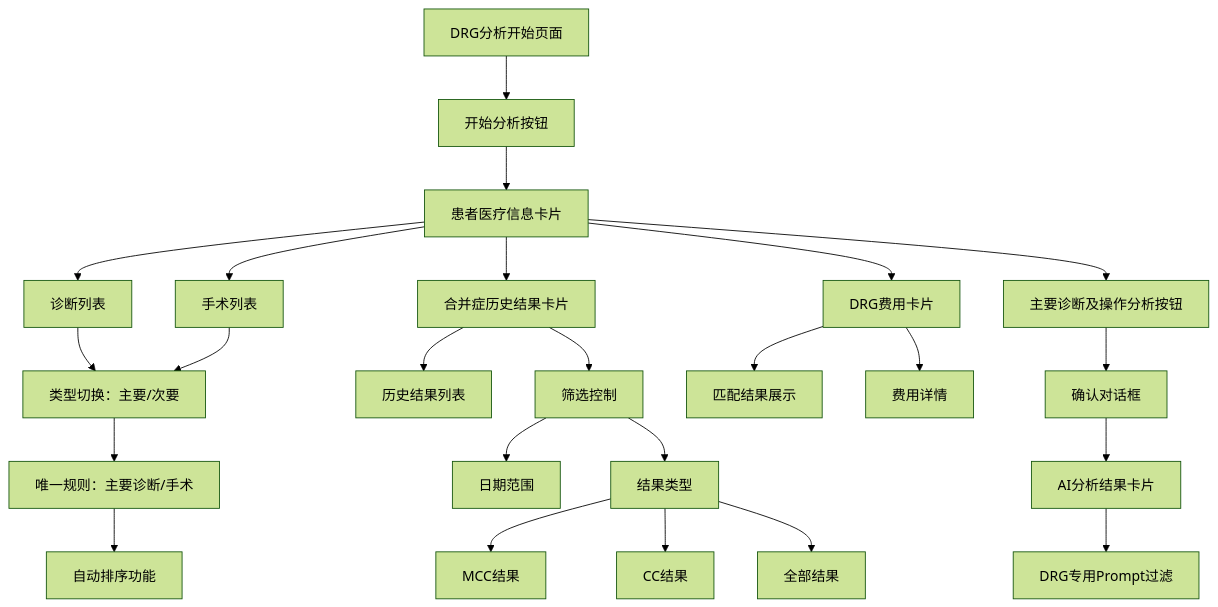
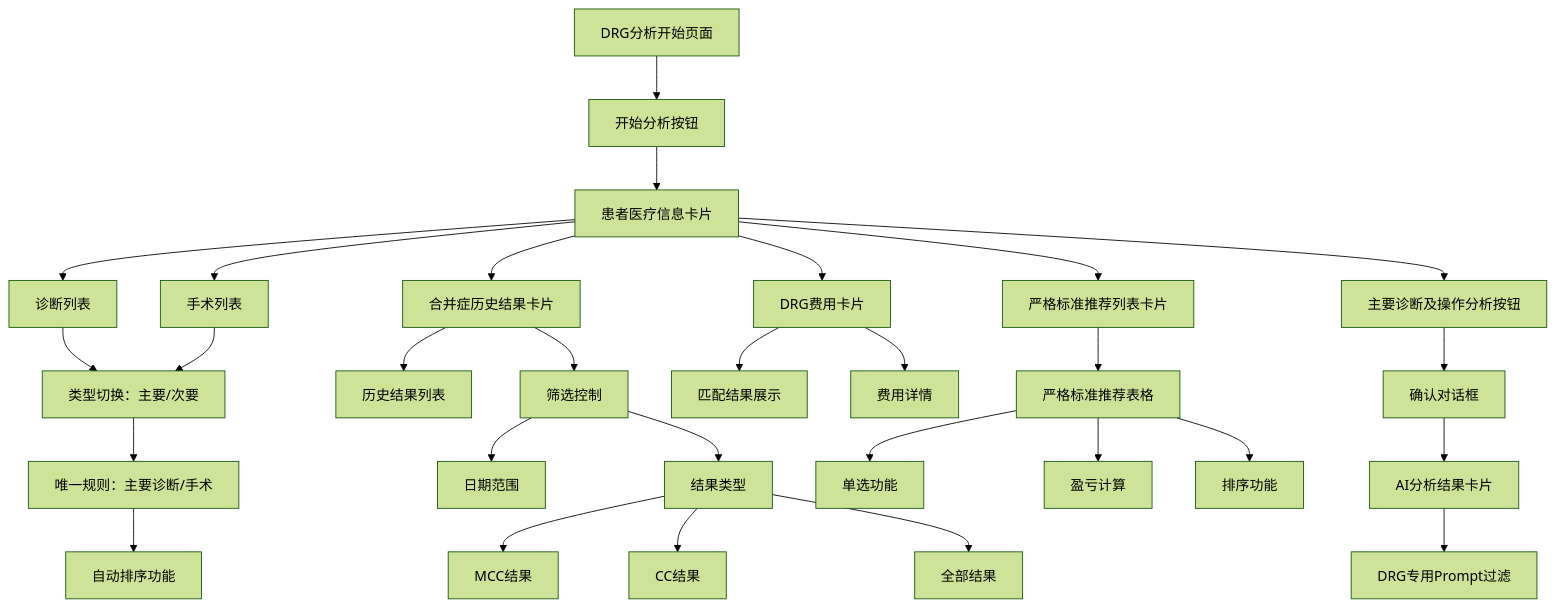
Before and after one commit to liuzh2008/med_ai_assistant_workspace: the tenth of 42 diagrams in .qoder/repowiki/zh/content/核心功能模块/DRG分析系统增强.md, drawn with Mermaid (forest theme). The commit also changed other lines of this file and 3 other files, not shown here.

````diff
--- a/.qoder/repowiki/zh/content/核心功能模块/DRG分析系统增强.md
+++ b/.qoder/repowiki/zh/content/核心功能模块/DRG分析系统增强.md
@@ -466,26 +463,31 @@
 ```mermaid
 flowchart TD
 StartPage[DRG分析开始页面] --> StartButton["开始分析按钮"]
 StartButton --> PatientCard[患者医疗信息卡片]
 PatientCard --> DiagnosisList[诊断列表]
 PatientCard --> SurgeryList[手术列表]
 DiagnosisList --> TypeSwitch[类型切换：主要/次要]
 SurgeryList --> TypeSwitch
 TypeSwitch --> UniqueRule[唯一规则：主要诊断/手术]
 UniqueRule --> AutoSort[自动排序功能]
 PatientCard --> HistoryCard[合并症历史结果卡片]
 HistoryCard --> ResultList[历史结果列表]
 HistoryCard --> FilterControls[筛选控制]
 FilterControls --> DateRange[日期范围]
 FilterControls --> ResultType[结果类型]
 ResultType --> MCCResults[MCC结果]
 ResultType --> CCResults[CC结果]
 ResultType --> AllResults[全部结果]
 PatientCard --> DrgFeeCard[DRG费用卡片]
 DrgFeeCard --> MatchResults[匹配结果展示]
 DrgFeeCard --> FeeDetails[费用详情]
+PatientCard --> StrictRecommendCard[严格标准推荐列表卡片]
+StrictRecommendCard --> StrictTable[严格标准推荐表格]
+StrictTable --> SingleSelect[单选功能]
+StrictTable --> ProfitLossCalc[盈亏计算]
+StrictTable --> SortFunction[排序功能]
 PatientCard --> AnalysisButton["主要诊断及操作分析按钮"]
 AnalysisButton --> ConfirmationDialog[确认对话框]
 ConfirmationDialog --> AiAnalysisCard[AI分析结果卡片]
 AiAnalysisCard --> PromptFilter[DRG专用Prompt过滤]
 ```
````
